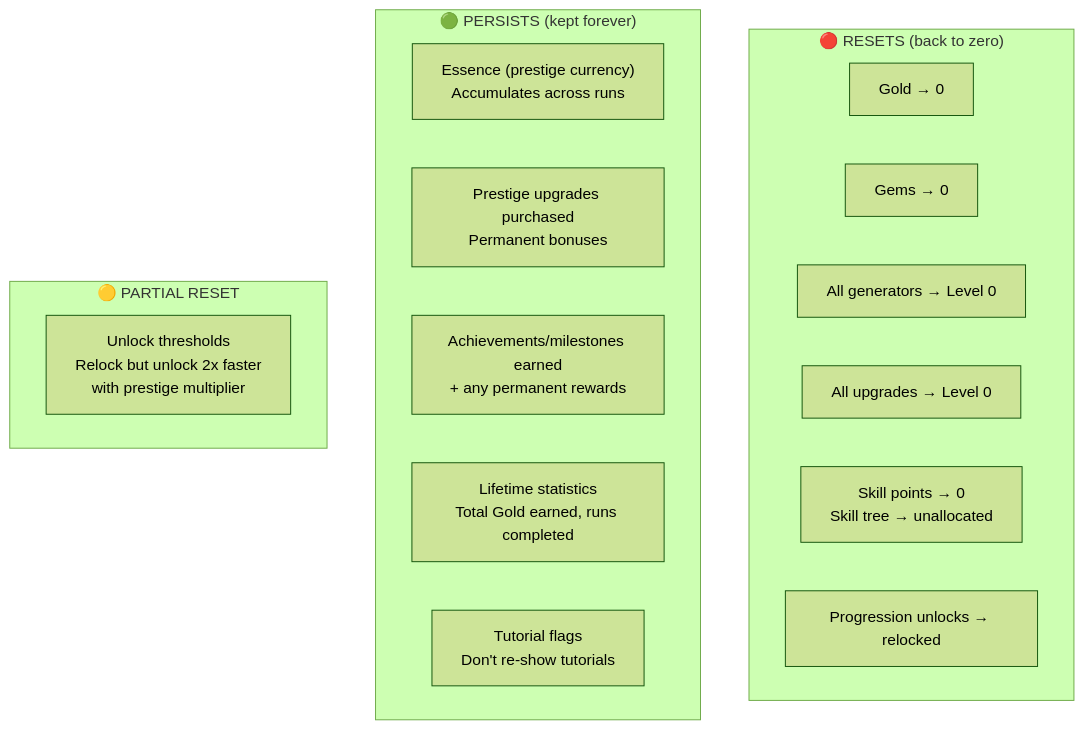
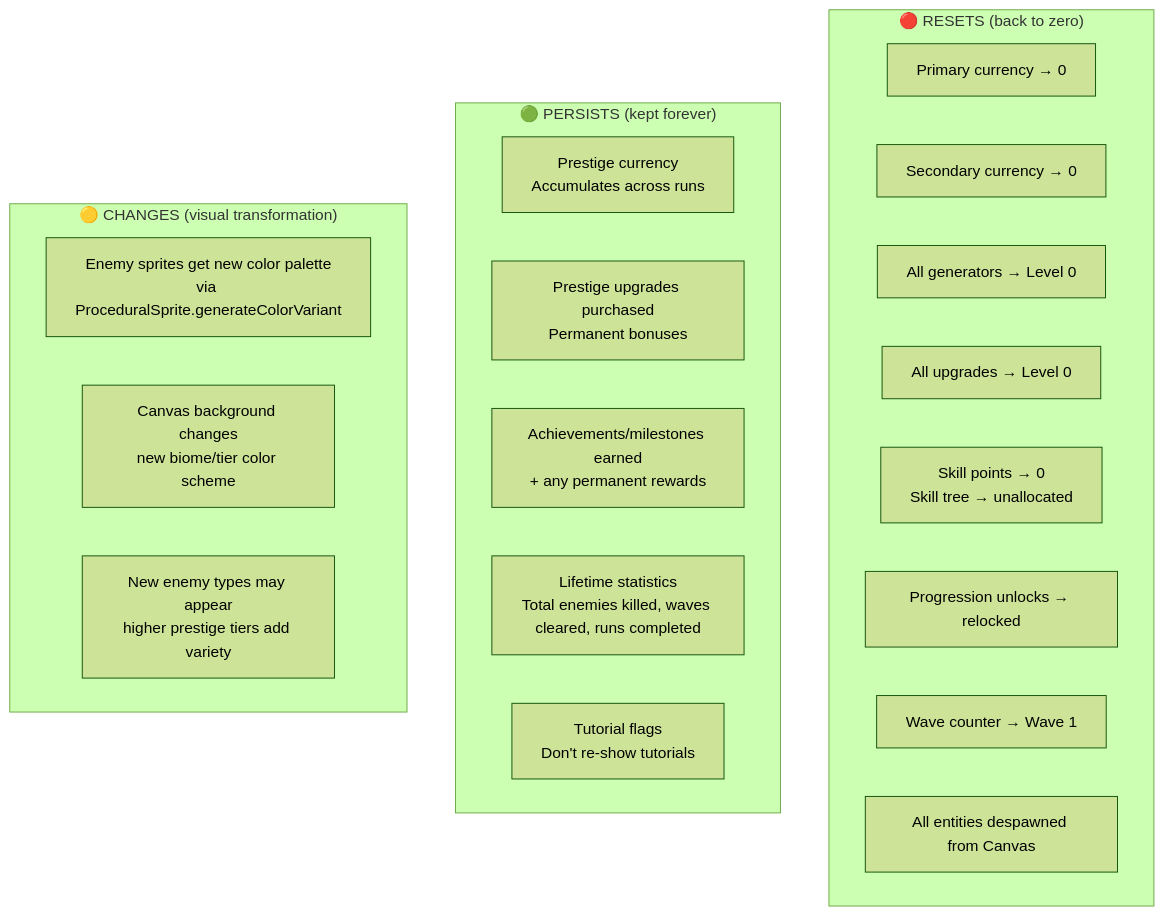
One commit to J-Gierend/gamePocGen changed the second of 6 diagrams in prompts/phase2-gdd/prestige.md. Above: the diagram before and after it, drawn with Mermaid (forest theme). The commit also changed other lines of this file and 9 other files, not shown here.

````diff
--- a/prompts/phase2-gdd/prestige.md
+++ b/prompts/phase2-gdd/prestige.md
@@ -81,23 +86,27 @@
 ```mermaid
 graph TD
     subgraph "🔴 RESETS (back to zero)"
-        R1["Gold → 0"]
-        R2["Gems → 0"]
+        R1["Primary currency → 0"]
+        R2["Secondary currency → 0"]
         R3["All generators → Level 0"]
         R4["All upgrades → Level 0"]
         R5["Skill points → 0\nSkill tree → unallocated"]
         R6["Progression unlocks → relocked"]
+        R7["Wave counter → Wave 1"]
+        R8["All entities despawned from Canvas"]
     end
 
     subgraph "🟢 PERSISTS (kept forever)"
-        P1["Essence (prestige currency)\nAccumulates across runs"]
+        P1["Prestige currency\nAccumulates across runs"]
         P2["Prestige upgrades purchased\nPermanent bonuses"]
         P3["Achievements/milestones earned\n+ any permanent rewards"]
-        P4["Lifetime statistics\nTotal Gold earned, runs completed"]
+        P4["Lifetime statistics\nTotal enemies killed, waves cleared, runs completed"]
         P5["Tutorial flags\nDon't re-show tutorials"]
     end
 
-    subgraph "🟡 PARTIAL RESET"
-        PR1["Unlock thresholds\nRelock but unlock 2x faster\nwith prestige multiplier"]
+    subgraph "🟡 CHANGES (visual transformation)"
+        V1["Enemy sprites get new color palette\nvia ProceduralSprite.generateColorVariant"]
+        V2["Canvas background changes\nnew biome/tier color scheme"]
+        V3["New enemy types may appear\nhigher prestige tiers add variety"]
     end
 ```
````
